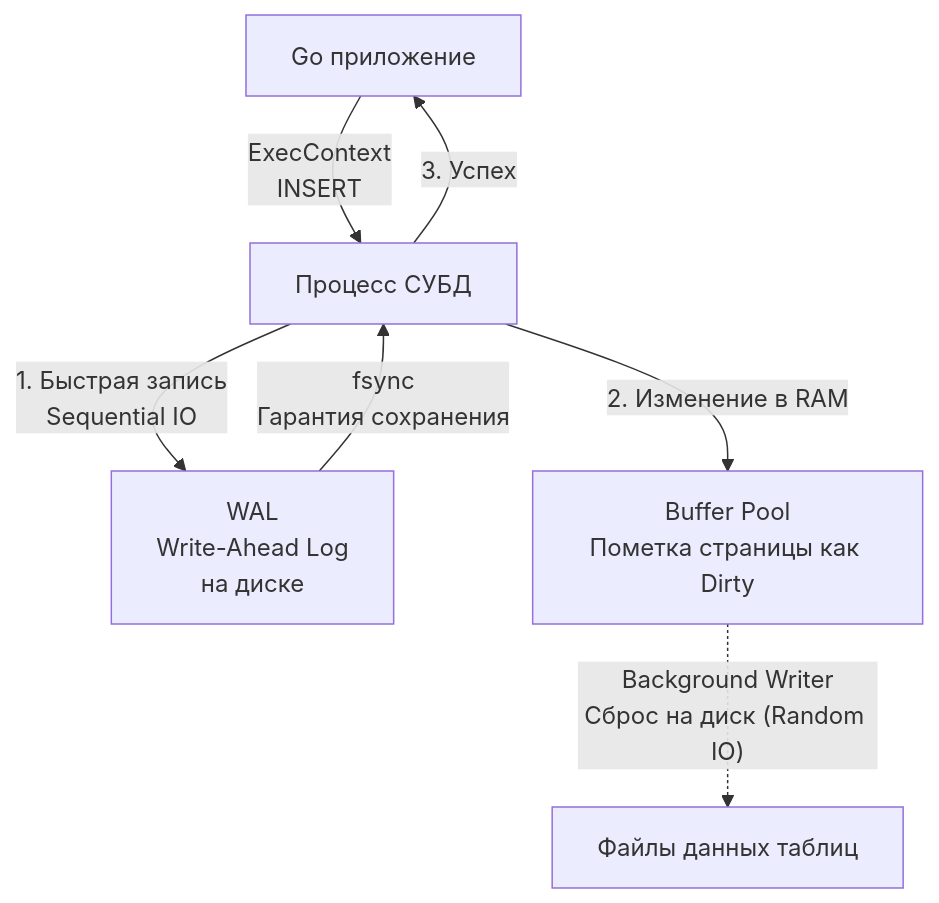
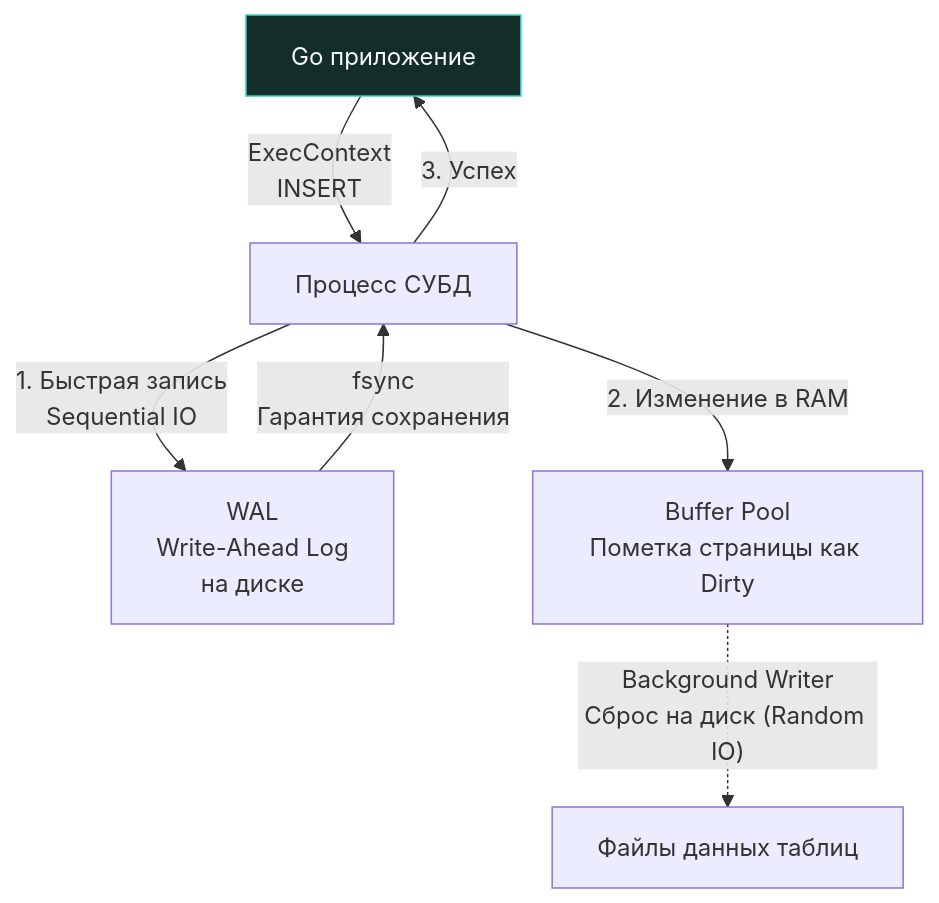
The diagram in sources/12. Базы данных/02. SQL базовый/5. INSERT, UPDATE, DELETE.md (UnrealTemplier/go-textbook), drawn with Mermaid before and after one commit. The commit also changed 1666 other files, not shown here.

First line of the commit message:
feat(mermaid): add semantic color classDef to 1369 colorless flowchart/graph diagrams

````diff
--- a/sources/12. Базы данных/02. SQL базовый/5. INSERT, UPDATE, DELETE.md
+++ b/sources/12. Базы данных/02. SQL базовый/5. INSERT, UPDATE, DELETE.md
@@ -93,9 +93,19 @@
 ```mermaid
 flowchart TD
-    Client["Go приложение"] -->|"ExecContext<br>INSERT"| DB["Процесс СУБД"]
+    classDef process  fill:#1e293b,stroke:#38bdf8,stroke-width:1px,color:#f8fafc
+    classDef success  fill:#064e3b,stroke:#34d399,stroke-width:1px,color:#f8fafc
+    classDef error    fill:#7f1d1d,stroke:#f87171,stroke-width:1px,color:#f8fafc
+    classDef warning  fill:#78350f,stroke:#fbbf24,stroke-width:1px,color:#f8fafc
+    classDef entry    fill:#1e3a5f,stroke:#38bdf8,stroke-width:2px,color:#f8fafc
+    classDef aux      fill:#334155,stroke:#64748b,stroke-width:1px,color:#f8fafc
+    classDef system   fill:#312e81,stroke:#a78bfa,stroke-width:1px,color:#f8fafc
+    classDef data     fill:#132d29,stroke:#2dd4bf,stroke-width:1px,color:#f8fafc
+    classDef network  fill:#881337,stroke:#fb7185,stroke-width:1px,color:#f8fafc
+    classDef accent   fill:#1e1b4b,stroke:#818cf8,stroke-width:1px,color:#f8fafc
+    Client["Go приложение"]:::data -->|"ExecContext<br>INSERT"| DB["Процесс СУБД"]
     DB -->|"1. Быстрая запись<br>Sequential IO"| WAL["WAL<br>Write-Ahead Log<br>на диске"]
     WAL -->|"fsync<br>Гарантия сохранения"| DB
     DB -->|"2. Изменение в RAM"| BufferPool["Buffer Pool<br>Пометка страницы как Dirty"]
     BufferPool -.->|"Background Writer<br>Сброс на диск (Random IO)"| Disk["Файлы данных таблиц"]
     DB -->|"3. Успех"| Client
 ```
````
